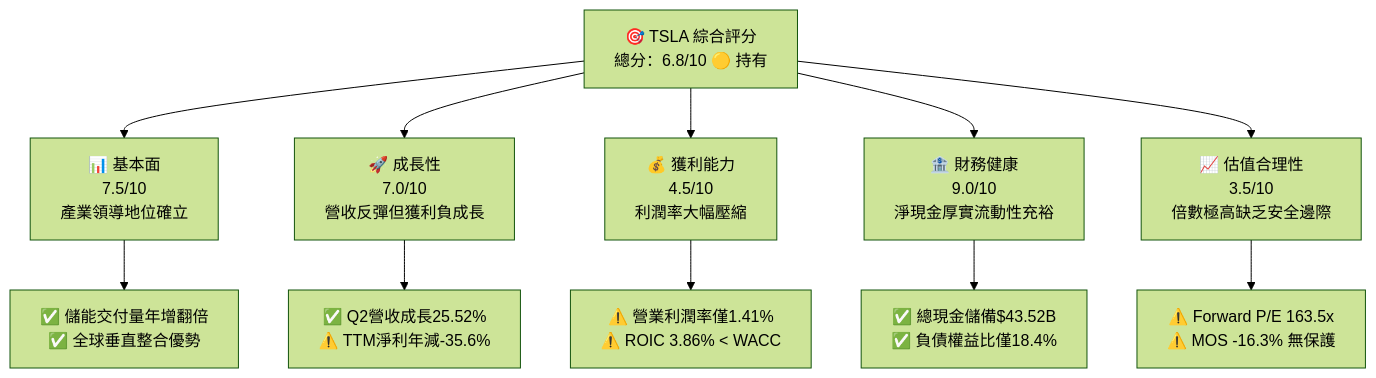
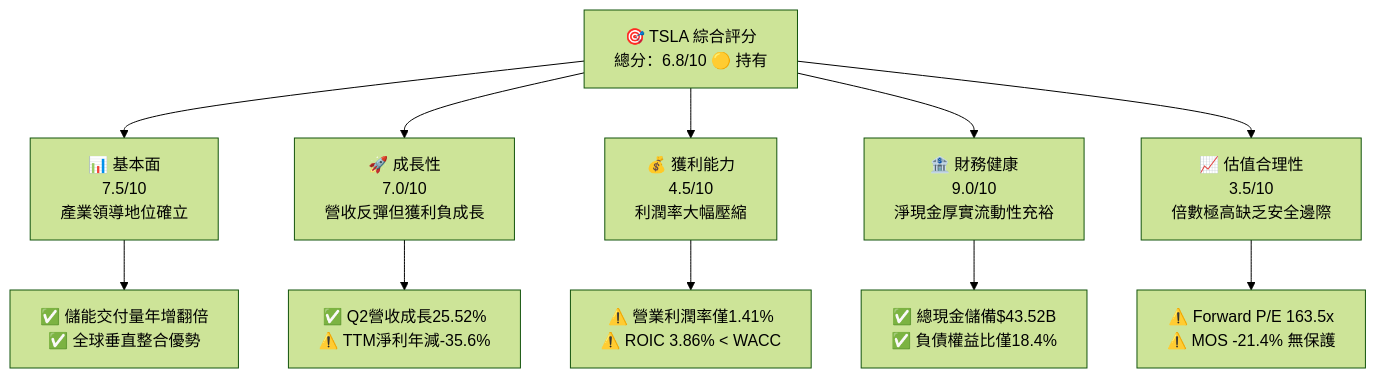
One commit to yennanliu/finance_data changed the first of 15 diagrams in ai_gen_report/fundamental/tsla/fundamental_analysis_2026-10-16_gemini.md. Above: the diagram before and after it, drawn with Mermaid (forest theme). The commit also changed other lines of this file and 339 other files, not shown here.

````diff
--- a/ai_gen_report/fundamental/tsla/fundamental_analysis_2026-10-16_gemini.md
+++ b/ai_gen_report/fundamental/tsla/fundamental_analysis_2026-10-16_gemini.md
@@ -61,22 +68,22 @@
 ```mermaid
 graph TD
     TICKER["🎯 TSLA 綜合評分<br/>總分：6.8/10 🟡 持有"]
 
     F["📊 基本面<br/>7.5/10<br/>產業領導地位確立"]
     G["🚀 成長性<br/>7.0/10<br/>營收反彈但獲利負成長"]
     P["💰 獲利能力<br/>4.5/10<br/>利潤率大幅壓縮"]
     B["🏦 財務健康<br/>9.0/10<br/>淨現金厚實流動性充裕"]
     V["📈 估值合理性<br/>3.5/10<br/>倍數極高缺乏安全邊際"]
 
     TICKER --> F
     TICKER --> G
     TICKER --> P
     TICKER --> B
     TICKER --> V
 
     F --> F1["✅ 儲能交付量年增翻倍<br/>✅ 全球垂直整合優勢"]
     G --> G1["✅ Q2營收成長25.52%<br/>⚠️ TTM淨利年減-35.6%"]
     P --> P1["⚠️ 營業利潤率僅1.41%<br/>⚠️ ROIC 3.86% < WACC"]
     B --> B1["✅ 總現金儲備$43.52B<br/>✅ 負債權益比僅18.4%"]
-    V --> V1["⚠️ Forward P/E 163.5x<br/>⚠️ MOS -16.3% 無保護"]
+    V --> V1["⚠️ Forward P/E 163.5x<br/>⚠️ MOS -21.4% 無保護"]
 ```
````
